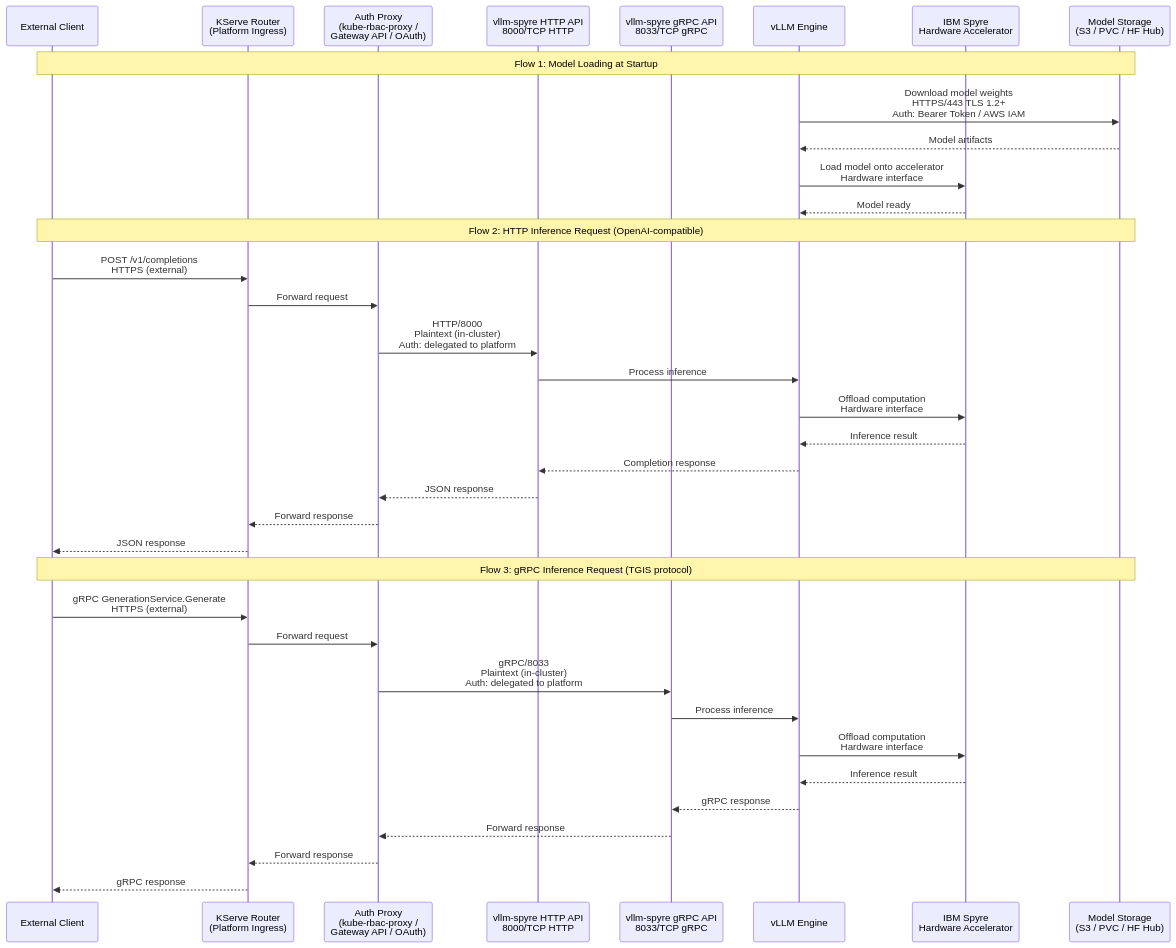
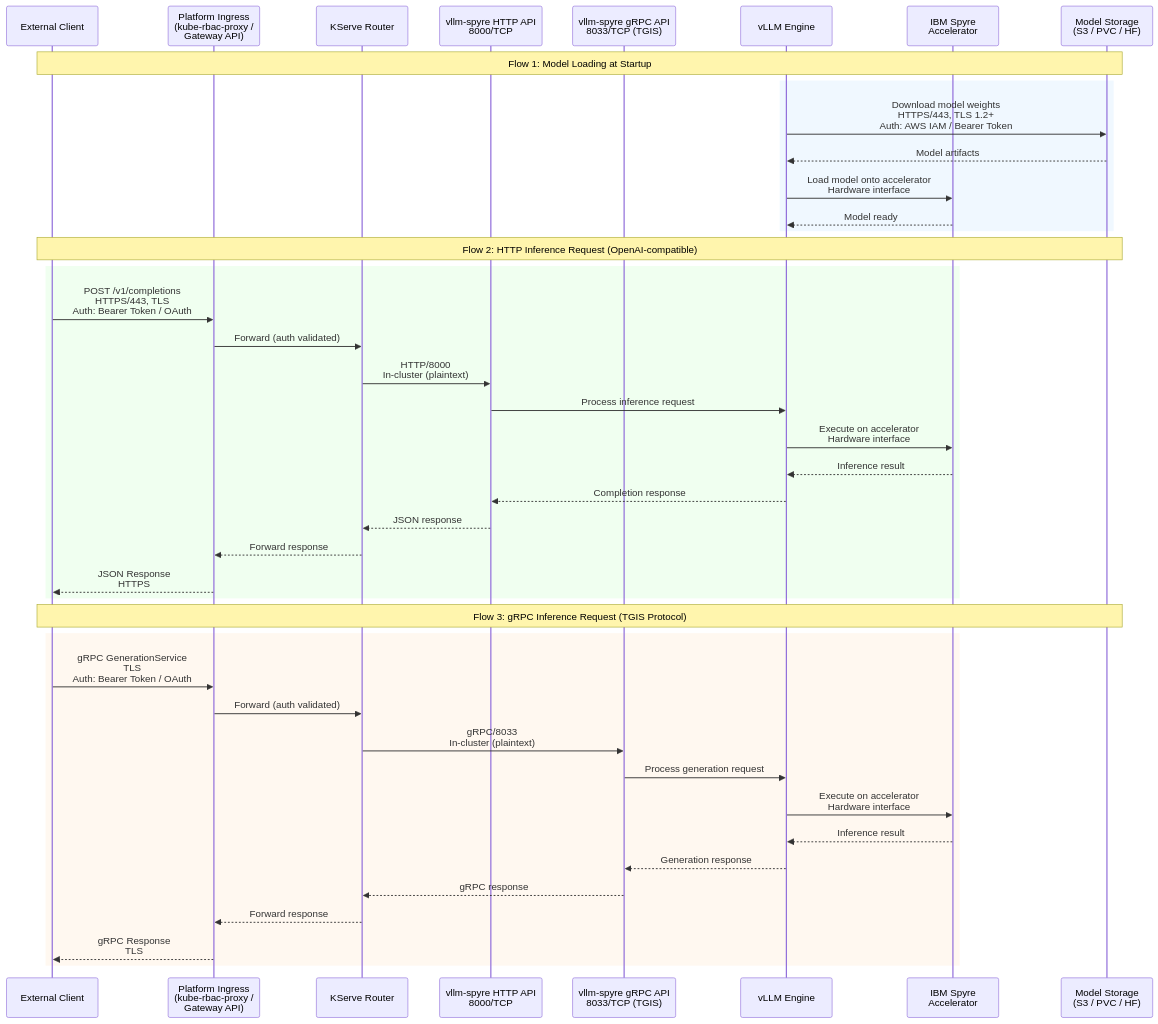
Before and after one commit to rhuss/architecture-context: the diagram in architecture/rhoai.next/diagrams/vllm-spyre-dataflow.mmd, drawn with Mermaid. The commit also changed 1112 other files, not shown here.

First line of the commit message:
update rhoai.next architecture: regenerated docs, diagrams, and arch-analyzer JSON

```diff
--- a/architecture/rhoai.next/diagrams/vllm-spyre-dataflow.mmd
+++ b/architecture/rhoai.next/diagrams/vllm-spyre-dataflow.mmd
@@ -1,42 +1,45 @@
 sequenceDiagram
     participant Client as External Client
-    participant KServe as KServe Router<br/>(Platform Ingress)
-    participant AuthProxy as Auth Proxy<br/>(kube-rbac-proxy /<br/>Gateway API / OAuth)
-    participant HTTP as vllm-spyre HTTP API<br/>8000/TCP HTTP
-    participant GRPC as vllm-spyre gRPC API<br/>8033/TCP gRPC
+    participant Ingress as Platform Ingress<br/>(kube-rbac-proxy /<br/>Gateway API)
+    participant KServeRouter as KServe Router
+    participant HTTP as vllm-spyre HTTP API<br/>8000/TCP
+    participant GRPC as vllm-spyre gRPC API<br/>8033/TCP (TGIS)
     participant Engine as vLLM Engine
-    participant Spyre as IBM Spyre<br/>Hardware Accelerator
-    participant Storage as Model Storage<br/>(S3 / PVC / HF Hub)
+    participant Spyre as IBM Spyre<br/>Accelerator
+    participant S3 as Model Storage<br/>(S3 / PVC / HF)
 
-    Note over Client,Storage: Flow 1: Model Loading at Startup
+    Note over Client,S3: Flow 1: Model Loading at Startup
+    rect rgb(240, 248, 255)
+        Engine->>S3: Download model weights<br/>HTTPS/443, TLS 1.2+<br/>Auth: AWS IAM / Bearer Token
+        S3-->>Engine: Model artifacts
+        Engine->>Spyre: Load model onto accelerator<br/>Hardware interface
+        Spyre-->>Engine: Model ready
+    end
 
-    Engine->>Storage: Download model weights<br/>HTTPS/443 TLS 1.2+<br/>Auth: Bearer Token / AWS IAM
-    Storage-->>Engine: Model artifacts
-    Engine->>Spyre: Load model onto accelerator<br/>Hardware interface
-    Spyre-->>Engine: Model ready
+    Note over Client,S3: Flow 2: HTTP Inference Request (OpenAI-compatible)
+    rect rgb(240, 255, 240)
+        Client->>Ingress: POST /v1/completions<br/>HTTPS/443, TLS<br/>Auth: Bearer Token / OAuth
+        Ingress->>KServeRouter: Forward (auth validated)
+        KServeRouter->>HTTP: HTTP/8000<br/>In-cluster (plaintext)
+        HTTP->>Engine: Process inference request
+        Engine->>Spyre: Execute on accelerator<br/>Hardware interface
+        Spyre-->>Engine: Inference result
+        Engine-->>HTTP: Completion response
+        HTTP-->>KServeRouter: JSON response
+        KServeRouter-->>Ingress: Forward response
+        Ingress-->>Client: JSON Response<br/>HTTPS
+    end
 
-    Note over Client,Storage: Flow 2: HTTP Inference Request (OpenAI-compatible)
-
-    Client->>KServe: POST /v1/completions<br/>HTTPS (external)
-    KServe->>AuthProxy: Forward request
-    AuthProxy->>HTTP: HTTP/8000<br/>Plaintext (in-cluster)<br/>Auth: delegated to platform
-    HTTP->>Engine: Process inference
-    Engine->>Spyre: Offload computation<br/>Hardware interface
-    Spyre-->>Engine: Inference result
-    Engine-->>HTTP: Completion response
-    HTTP-->>AuthProxy: JSON response
-    AuthProxy-->>KServe: Forward response
-    KServe-->>Client: JSON response
-
-    Note over Client,Storage: Flow 3: gRPC Inference Request (TGIS protocol)
-
-    Client->>KServe: gRPC GenerationService.Generate<br/>HTTPS (external)
-    KServe->>AuthProxy: Forward request
-    AuthProxy->>GRPC: gRPC/8033<br/>Plaintext (in-cluster)<br/>Auth: delegated to platform
-    GRPC->>Engine: Process inference
-    Engine->>Spyre: Offload computation<br/>Hardware interface
-    Spyre-->>Engine: Inference result
-    Engine-->>GRPC: gRPC response
-    GRPC-->>AuthProxy: Forward response
-    AuthProxy-->>KServe: Forward response
-    KServe-->>Client: gRPC response
+    Note over Client,S3: Flow 3: gRPC Inference Request (TGIS Protocol)
+    rect rgb(255, 248, 240)
+        Client->>Ingress: gRPC GenerationService<br/>TLS<br/>Auth: Bearer Token / OAuth
+        Ingress->>KServeRouter: Forward (auth validated)
+        KServeRouter->>GRPC: gRPC/8033<br/>In-cluster (plaintext)
+        GRPC->>Engine: Process generation request
+        Engine->>Spyre: Execute on accelerator<br/>Hardware interface
+        Spyre-->>Engine: Inference result
+        Engine-->>GRPC: Generation response
+        GRPC-->>KServeRouter: gRPC response
+        KServeRouter-->>Ingress: Forward response
+        Ingress-->>Client: gRPC Response<br/>TLS
+    end
```
